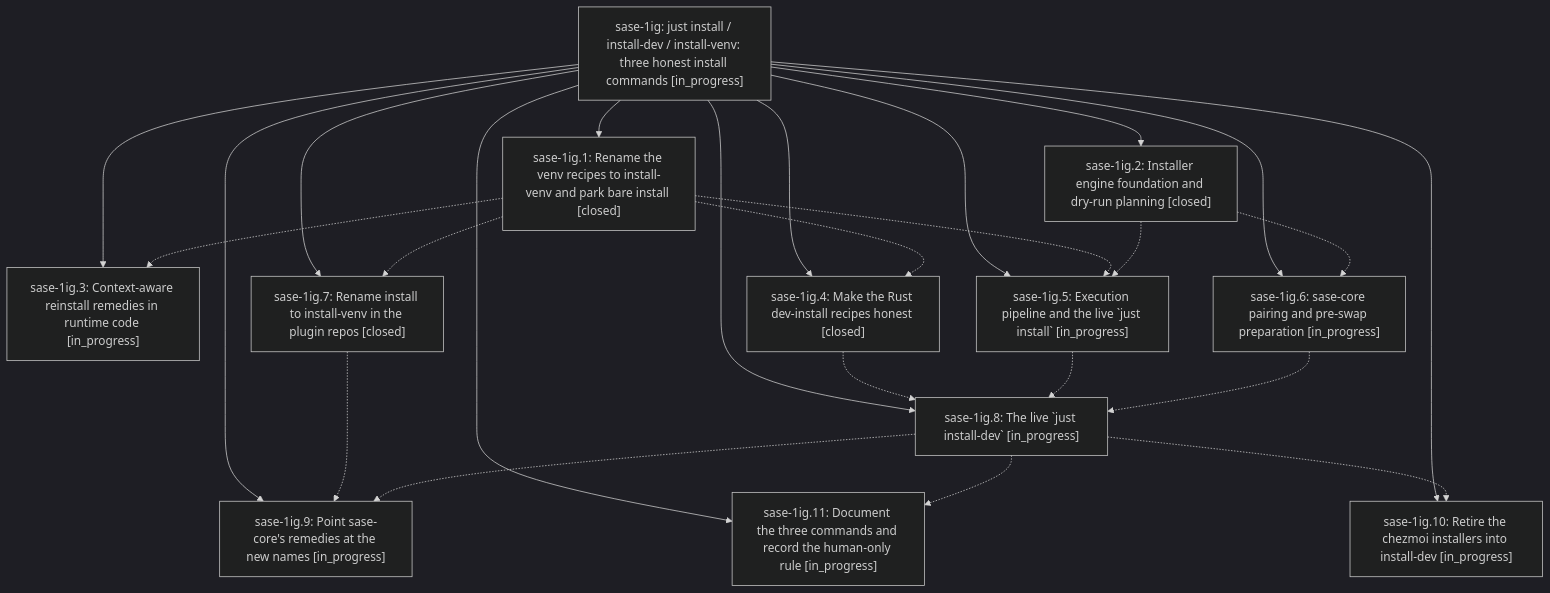
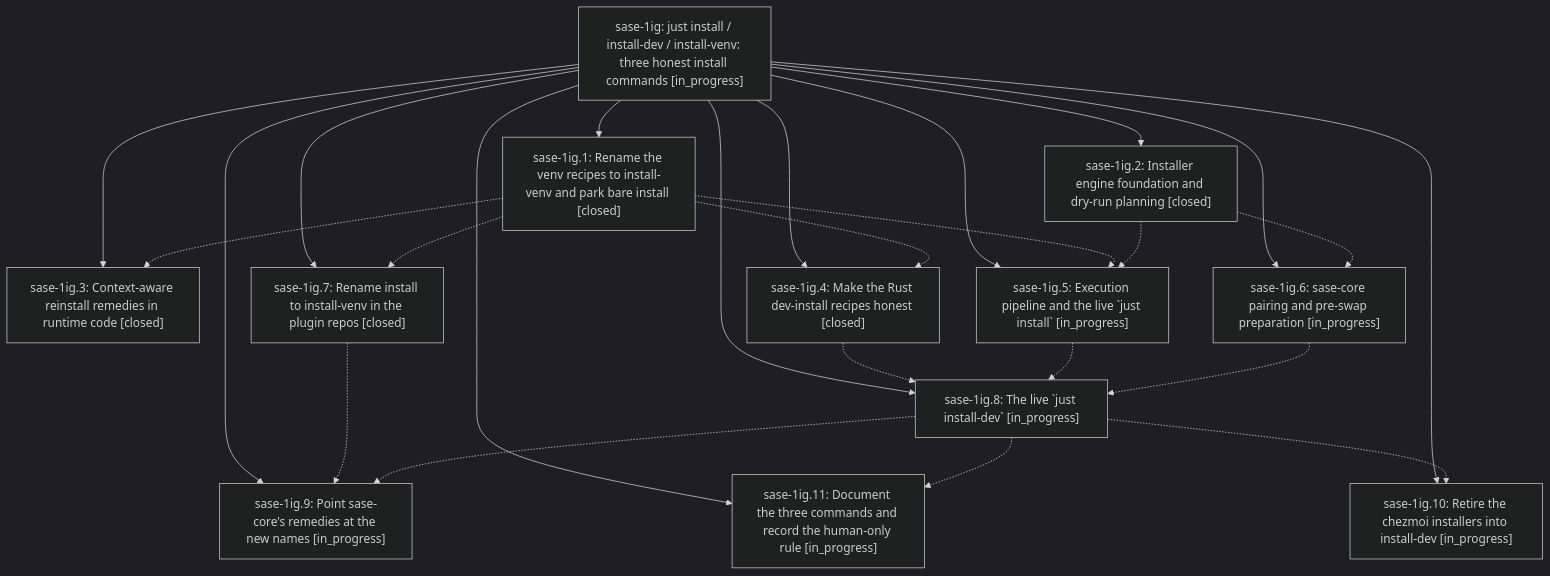
The diagram in pages/sase-1ig/README.md (sase-org/sase--beads), drawn with Mermaid (dark theme) before and after one commit. The commit also changed other lines of this file and 4 other files, not shown here.

````diff
--- a/pages/sase-1ig/README.md
+++ b/pages/sase-1ig/README.md
@@ -46,39 +46,39 @@
 ```mermaid
 flowchart TD
     n0["sase-1ig: just install / install-dev / install-venv: three honest install commands [in_progress]"]
     n1["sase-1ig.1: Rename the venv recipes to install-venv and park bare install [closed]"]
     n2["sase-1ig.10: Retire the chezmoi installers into install-dev [in_progress]"]
     n3["sase-1ig.11: Document the three commands and record the human-only rule [in_progress]"]
     n4["sase-1ig.2: Installer engine foundation and dry-run planning [closed]"]
-    n5["sase-1ig.3: Context-aware reinstall remedies in runtime code [in_progress]"]
+    n5["sase-1ig.3: Context-aware reinstall remedies in runtime code [closed]"]
     n6["sase-1ig.4: Make the Rust dev-install recipes honest [closed]"]
     n7["sase-1ig.5: Execution pipeline and the live `just install` [in_progress]"]
     n8["sase-1ig.6: sase-core pairing and pre-swap preparation [in_progress]"]
     n9["sase-1ig.7: Rename install to install-venv in the plugin repos [closed]"]
     n10["sase-1ig.8: The live `just install-dev` [in_progress]"]
     n11["sase-1ig.9: Point sase-core's remedies at the new names [in_progress]"]
     n0 --> n1
     n0 --> n2
     n0 --> n3
     n0 --> n4
     n0 --> n5
     n0 --> n6
     n0 --> n7
     n0 --> n8
     n0 --> n9
     n0 --> n10
     n0 --> n11
     n1 -.-> n5
     n1 -.-> n6
     n1 -.-> n7
     n1 -.-> n9
     n4 -.-> n7
     n4 -.-> n8
     n6 -.-> n10
     n7 -.-> n10
     n8 -.-> n10
     n9 -.-> n11
     n10 -.-> n2
     n10 -.-> n3
     n10 -.-> n11
 ```
````
